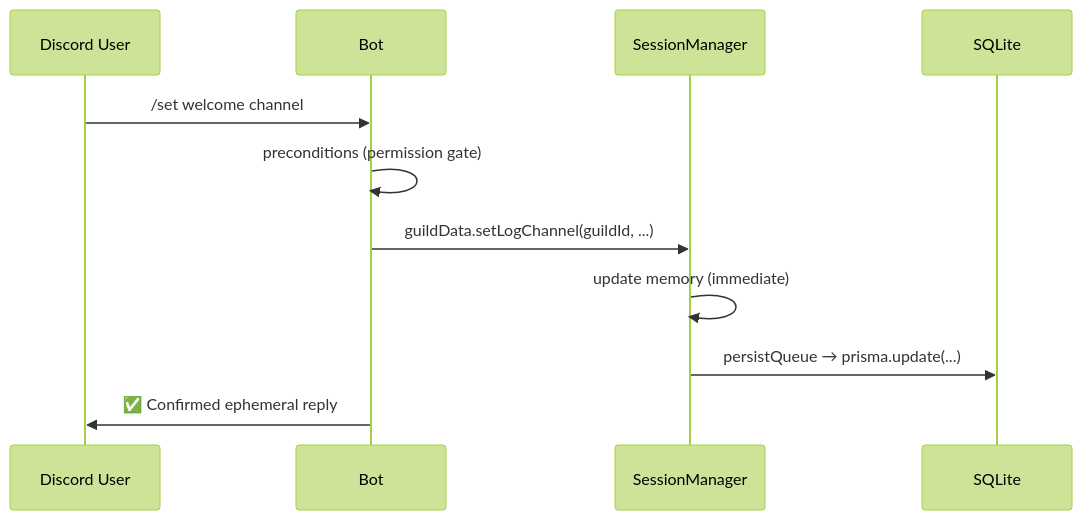
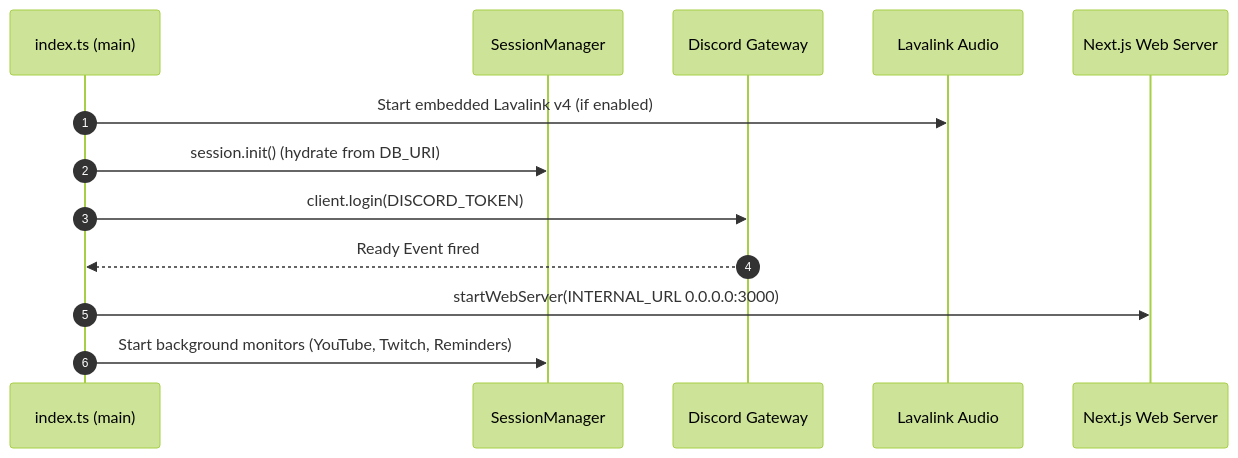
The fourth of 4 diagrams in wiki/Architecture.md (PhantomNimbi/Master-Bot), drawn with Mermaid (forest theme) before and after one commit. The commit also changed other lines of this file and 8 other files, not shown here.

````diff
--- a/wiki/Architecture.md
+++ b/wiki/Architecture.md
@@ -165,13 +194,16 @@
 ```mermaid
 sequenceDiagram
-    participant U as Discord User
-    participant B as Bot
-    participant SM as SessionManager
-    participant DB as SQLite
-    U->>B: /set welcome channel #general
-    B->>B: preconditions (permission gate)
-    B->>SM: guildData.setLogChannel(guildId, ...)
-    SM->>SM: update memory (immediate)
-    SM->>DB: persistQueue → prisma.update(...)
-    B->>U: ✅ Confirmed ephemeral reply
+    autonumber
+    participant Main as index.ts (main)
+    participant Session as SessionManager
+    participant Discord as Discord Gateway
+    participant Audio as Lavalink Audio
+    participant Web as Next.js Web Server
+
+    Main->>Audio: Start embedded Lavalink v4 (if enabled)
+    Main->>Session: session.init() (hydrate from DB_URI)
+    Main->>Discord: client.login(DISCORD_TOKEN)
+    Discord-->>Main: Ready Event fired
+    Main->>Web: startWebServer(INTERNAL_URL 0.0.0.0:3000)
+    Main->>Session: Start background monitors (YouTube, Twitch, Reminders)
 ```
````
